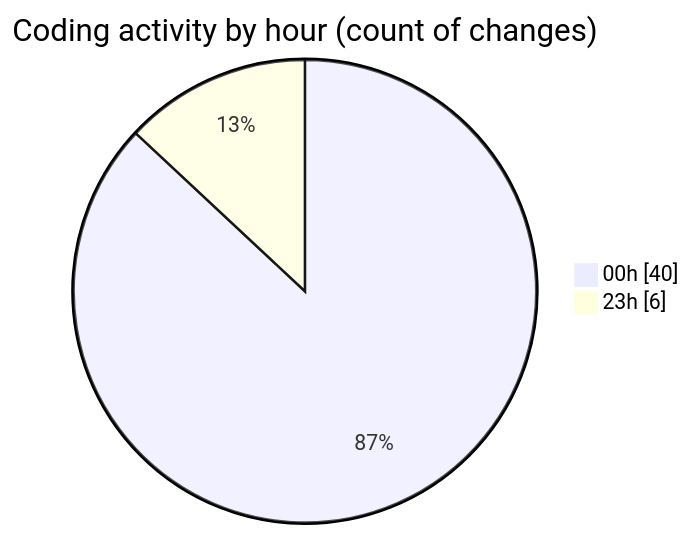
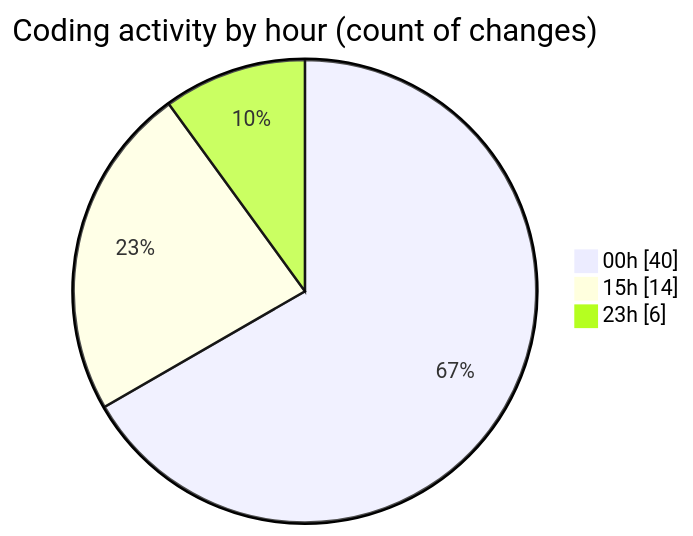
The second of 2 diagrams in 2025-05-03/date/README.md (Netris89/code-tracking), drawn with Mermaid before and after one commit. The commit also changed other lines of this file and 1 other file, not shown here.

````diff
--- a/2025-05-03/date/README.md
+++ b/2025-05-03/date/README.md
@@ -37,6 +37,7 @@
 ```mermaid
 pie showData
 title Coding activity by hour (count of changes)
 "00h" : 40
+"15h" : 14
 "23h" : 6
 ```
````
